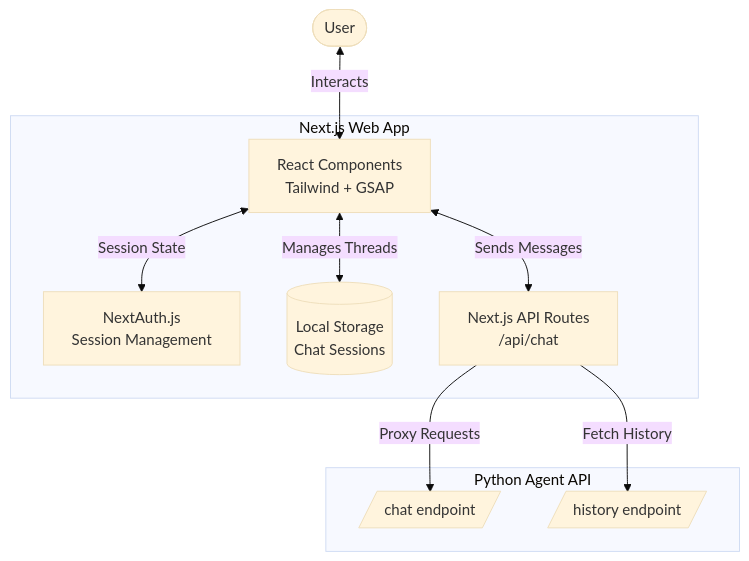
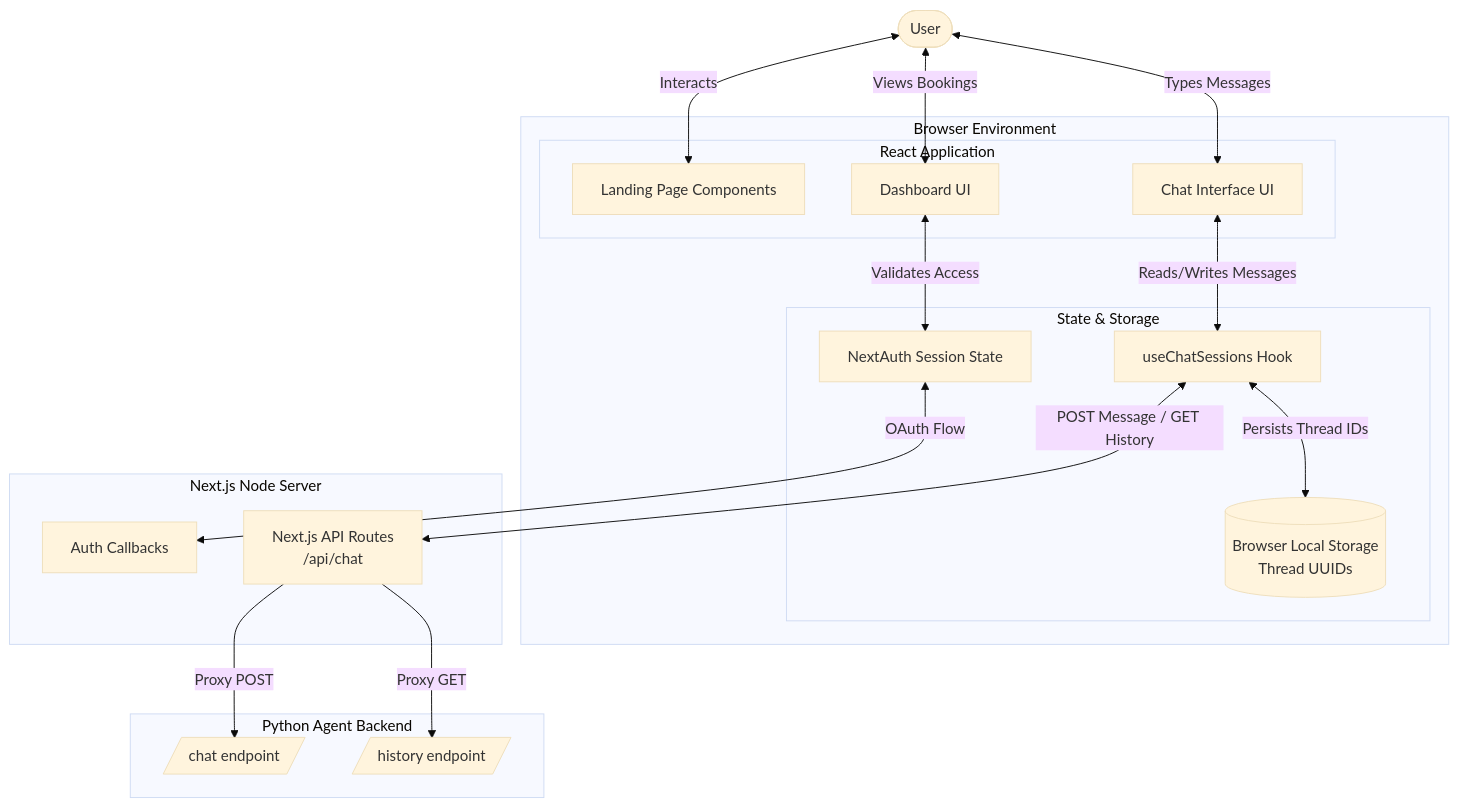
The diagram in frontend/README.md (MRIARC-08/lakshya-scheduling), drawn with Mermaid (base theme) before and after one commit. The commit also changed 3 other files, not shown here.

Commit message:
docs: enhance architecture diagrams with greater detail across all services

````diff
--- a/frontend/README.md
+++ b/frontend/README.md
@@ -9,24 +9,43 @@
 ```mermaid
 graph TD
+    %% User and UI Layer
     User([User])
     
-    subgraph Frontend [Next.js Web App]
-        UI[React Components<br/>Tailwind + GSAP]
-        Auth[NextAuth.js<br/>Session Management]
-        LocalDB[(Local Storage<br/>Chat Sessions)]
+    subgraph BrowserEnvironment [Browser Environment]
+        subgraph ReactApp [React Application]
+            Hero[Landing Page Components]
+            ChatUI[Chat Interface UI]
+            Dash[Dashboard UI]
+        end
+        
+        subgraph StateManagement [State & Storage]
+            SessionAuth[NextAuth Session State]
+            ChatHook[useChatSessions Hook]
+            LocalStorage[(Browser Local Storage<br/>Thread UUIDs)]
+        end
+    end
+    
+    subgraph NextServer [Next.js Node Server]
+        AuthRoute[Auth Callbacks]
         APIRoutes[Next.js API Routes<br/>/api/chat]
     end
     
-    subgraph Backend [Python Agent API]
+    subgraph ExternalBackend [Python Agent Backend]
         AgentChat[/chat endpoint/]
         AgentHistory[/history endpoint/]
     end
     
-    User <-->|Interacts| UI
-    UI <-->|Session State| Auth
-    UI <-->|Manages Threads| LocalDB
-    UI <-->|Sends Messages| APIRoutes
+    User <-->|Interacts| Hero
+    User <-->|Types Messages| ChatUI
+    User <-->|Views Bookings| Dash
     
-    APIRoutes -->|Proxy Requests| AgentChat
-    APIRoutes -->|Fetch History| AgentHistory
+    ChatUI <-->|Reads/Writes Messages| ChatHook
+    Dash <-->|Validates Access| SessionAuth
+    
+    ChatHook <-->|Persists Thread IDs| LocalStorage
+    ChatHook <-->|POST Message / GET History| APIRoutes
+    SessionAuth <-->|OAuth Flow| AuthRoute
+    
+    APIRoutes -->|Proxy POST| AgentChat
+    APIRoutes -->|Proxy GET| AgentHistory
 ```
````
